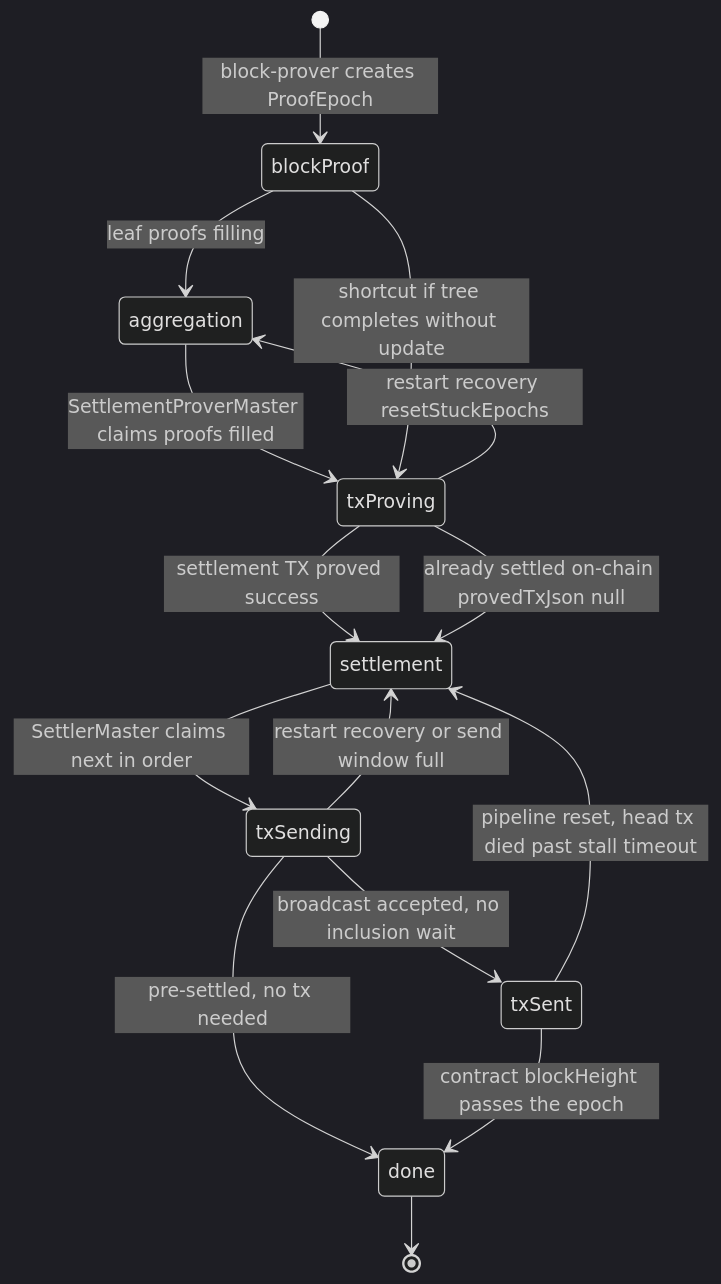
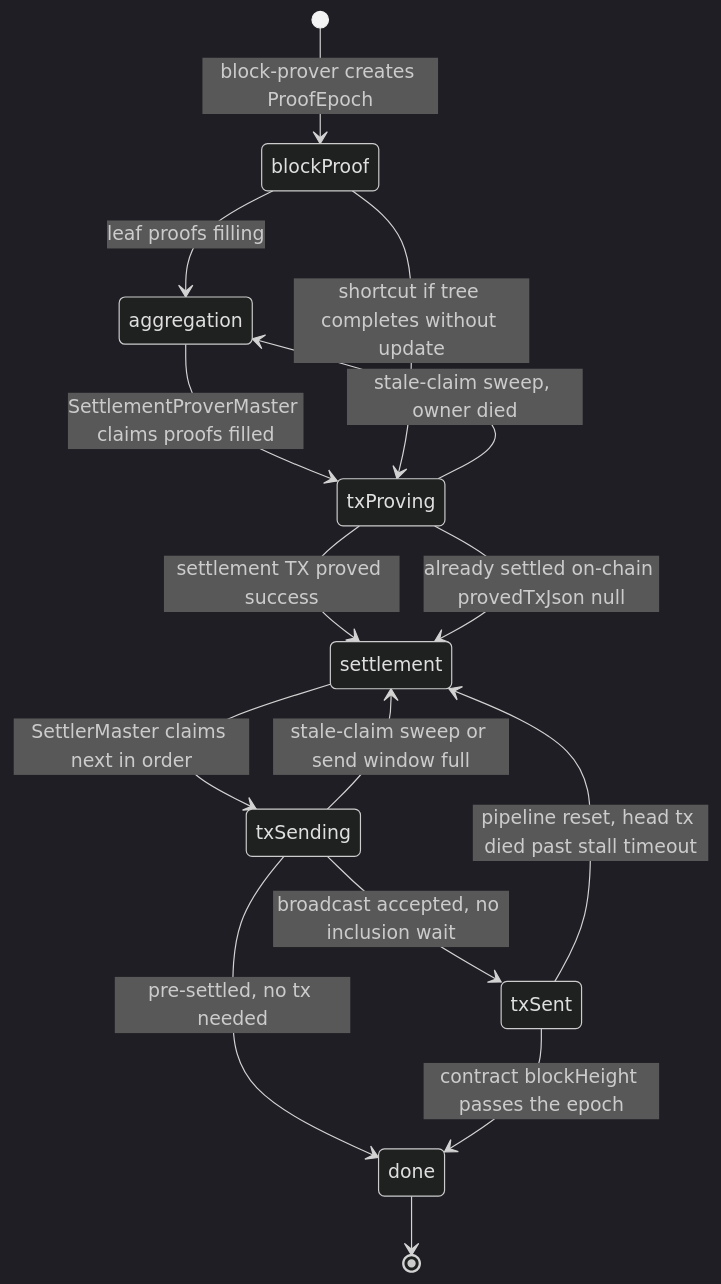
One commit to node101-io/pulsar changed the fifth of 7 diagrams in prover/docs/architecture.md. Above: the diagram before and after it, drawn with Mermaid (dark theme). The commit also changed other lines of this file, not shown here.

Commit message:
docs(prover): describe the age-gated claim sweep

````diff
--- a/prover/docs/architecture.md
+++ b/prover/docs/architecture.md
@@ -361,23 +361,23 @@
 ```mermaid
 stateDiagram-v2
     [*] --> blockProof : block-prover creates ProofEpoch
 
     blockProof --> aggregation : leaf proofs filling
     aggregation --> txProving : SettlementProverMaster claims proofs filled
     blockProof --> txProving : shortcut if tree completes without update
 
-    txProving --> aggregation : restart recovery resetStuckEpochs
+    txProving --> aggregation : stale-claim sweep, owner died
     txProving --> settlement : settlement TX proved success
     txProving --> settlement : already settled on-chain provedTxJson null
 
     settlement --> txSending : SettlerMaster claims next in order
 
-    txSending --> settlement : restart recovery or send window full
+    txSending --> settlement : stale-claim sweep or send window full
     txSending --> txSent : broadcast accepted, no inclusion wait
     txSending --> done : pre-settled, no tx needed
 
     txSent --> done : contract blockHeight passes the epoch
     txSent --> settlement : pipeline reset, head tx died past stall timeout
 
     done --> [*]
 ```
````
